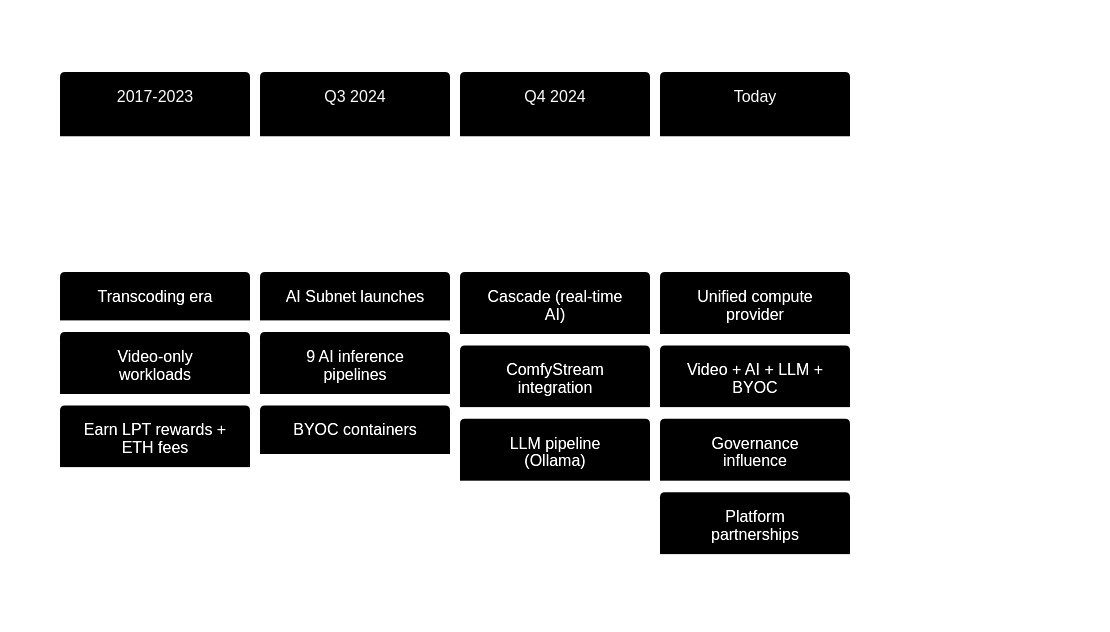
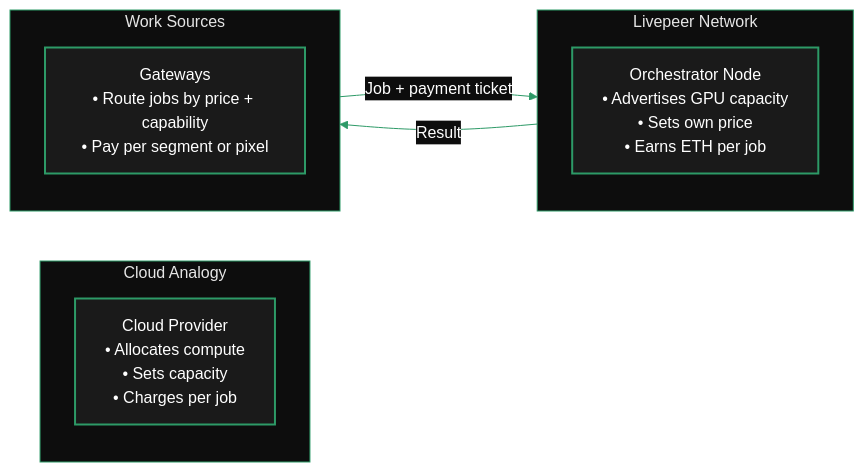
The first of 5 diagrams in v2/orchestrators/concepts/role.mdx (sidestream-tech/livepeer-docs), drawn with Mermaid before and after one commit. The commit also changed other lines of this file and 57 other files, not shown here.

````diff
--- a/v2/orchestrators/concepts/role.mdx
+++ b/v2/orchestrators/concepts/role.mdx
@@ -49,18 +63,23 @@
-```mermaid
-%%{init: {'theme': 'base', 'themeVariables': { 'primaryColor': '#1a1a1a', 'primaryTextColor': '#fff', 'primaryBorderColor': '#2d9a67', 'lineColor': '#2d9a67', 'secondaryColor': '#0d0d0d', 'tertiaryColor': '#1a1a1a', 'background': '#0d0d0d', 'fontFamily': 'system-ui' }}}%%
-timeline
-    title Orchestrator Role Evolution
-    2017-2023 : Transcoding era
-               : Video-only workloads
-               : Earn LPT rewards + ETH fees
-    Q3 2024   : AI Subnet launches
-               : 9 AI inference pipelines
-               : BYOC containers
-    Q4 2024   : Cascade (real-time AI)
-               : ComfyStream integration
-               : LLM pipeline (Ollama)
-    Today     : Unified compute provider
-               : Video + AI + LLM + BYOC
-               : Governance influence
-               : Platform partnerships
-```
+      ```mermaid
+      %%{init: {'theme': 'base', 'themeVariables': { 'primaryColor': '#1a1a1a', 'primaryTextColor': '#fff', 'primaryBorderColor': '#2d9a67', 'lineColor': '#2d9a67', 'secondaryColor': '#0d0d0d', 'tertiaryColor': '#1a1a1a', 'background': '#0d0d0d', 'fontFamily': 'system-ui' }}}%%
+      flowchart LR
+          subgraph Cloud["Cloud Analogy"]
+              A["Cloud Provider<br/>• Allocates compute<br/>• Sets capacity<br/>• Charges per job"]
+          end
+
+          subgraph Livepeer["Livepeer Network"]
+              B["Orchestrator Node<br/>• Advertises GPU capacity<br/>• Sets own price<br/>• Earns ETH per job"]
+          end
+
+          subgraph WorkSrc["Work Sources"]
+              C["Gateways<br/>• Route jobs by price + capability<br/>• Pay per segment or pixel"]
+          end
+
+          WorkSrc -->|Job + payment ticket| Livepeer
+          Livepeer -->|Result| WorkSrc
+
+          classDef default fill:#1a1a1a,color:#fff,stroke:#2d9a67,stroke-width:2px
+          style Cloud fill:#0d0d0d,stroke:#2d9a67,stroke-width:1px
+          style Livepeer fill:#0d0d0d,stroke:#2d9a67,stroke-width:1px
+          style WorkSrc fill:#0d0d0d,stroke:#2d9a67,stroke-width:1px
+      ```
````
